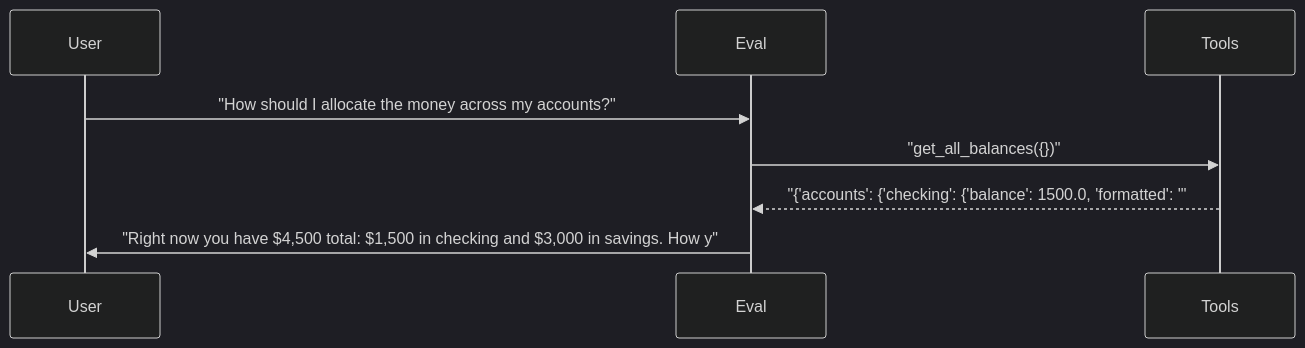
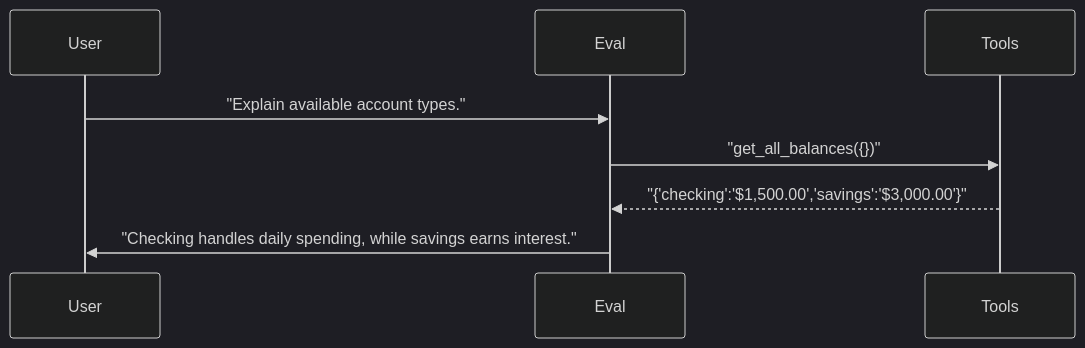
Before and after one commit to sbroenne/pytest-skill-engineering: the diagram in docs/reports/07_skill_improvement.md, drawn with Mermaid (dark theme). The commit also changed other lines of this file and 137 other files, not shown here.

````diff
--- a/docs/reports/07_skill_improvement.md
+++ b/docs/reports/07_skill_improvement.md
@@ -164,11 +78,11 @@
 ```mermaid
 sequenceDiagram
     participant User
     participant Eval
     participant Tools
 
-    User->>Eval: "How should I allocate the money across my accounts?"
+    User->>Eval: "Explain available account types."
     Eval->>Tools: "get_all_balances({})"
-    Tools-->>Eval: "{'accounts': {'checking': {'balance': 1500.0, 'formatted': '"
-    Eval->>User: "Right now you have $4,500 total: $1,500 in checking and $3,000 in savings. How y"
+    Tools-->>Eval: "{'checking':'$1,500.00','savings':'$3,000.00'}"
+    Eval->>User: "Checking handles daily spending, while savings earns interest."
 ```
````
